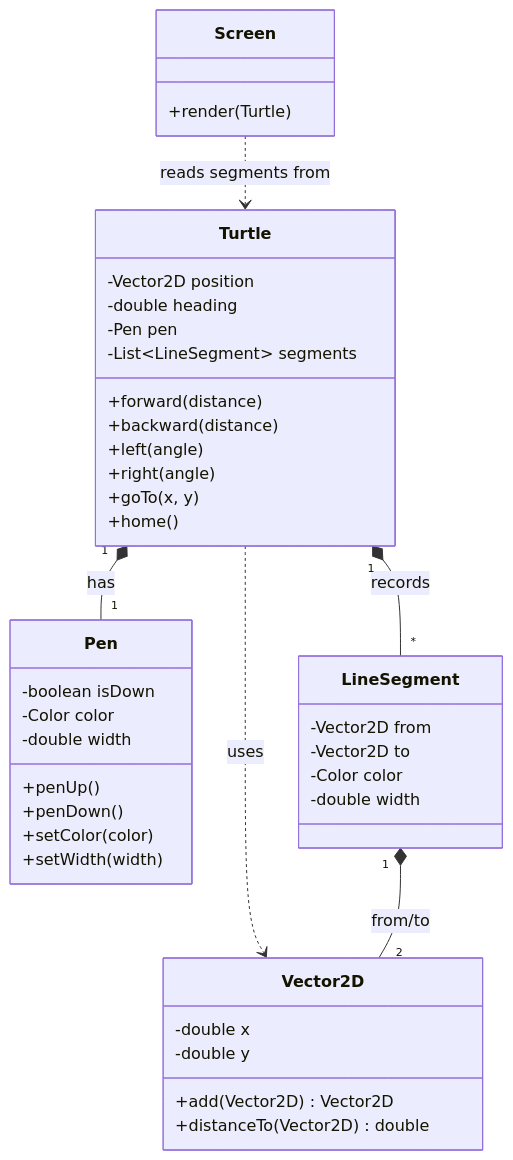
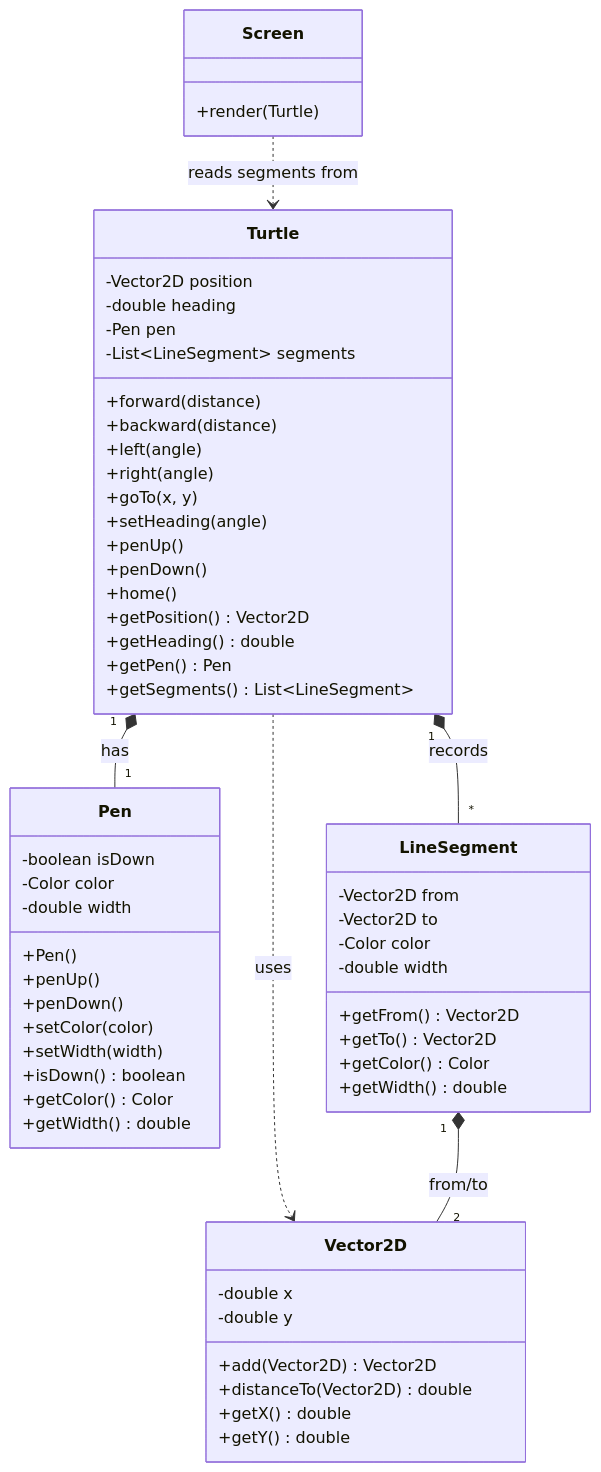
One commit to dslakind/turtle changed the diagram in docs/design.md. Above: the diagram before and after it, drawn with Mermaid. The commit also changed other lines of this file and 5 other files, not shown here.

````diff
--- a/docs/design.md
+++ b/docs/design.md
@@ -5,45 +5,62 @@
 ```mermaid
 classDiagram
     class Turtle {
         -Vector2D position
         -double heading
         -Pen pen
         -List~LineSegment~ segments
         +forward(distance)
         +backward(distance)
         +left(angle)
         +right(angle)
         +goTo(x, y)
+        +setHeading(angle)
+        +penUp()
+        +penDown()
         +home()
+        +getPosition() Vector2D
+        +getHeading() double
+        +getPen() Pen
+        +getSegments() List~LineSegment~
     }
     class Pen {
         -boolean isDown
         -Color color
         -double width
+        +Pen()
         +penUp()
         +penDown()
         +setColor(color)
         +setWidth(width)
+        +isDown() boolean
+        +getColor() Color
+        +getWidth() double
     }
     class Vector2D {
         -double x
         -double y
         +add(Vector2D) Vector2D
         +distanceTo(Vector2D) double
+        +getX() double
+        +getY() double
     }
     class LineSegment {
         -Vector2D from
         -Vector2D to
         -Color color
         -double width
+        +getFrom() Vector2D
+        +getTo() Vector2D
+        +getColor() Color
+        +getWidth() double
     }
     class Screen {
         +render(Turtle)
     }
 
     Turtle "1" *-- "1" Pen : has
     Turtle "1" *-- "*" LineSegment : records
     Turtle ..> Vector2D : uses
     LineSegment "1" *-- "2" Vector2D : from/to
     Screen ..> Turtle : reads segments from
 ```
````
